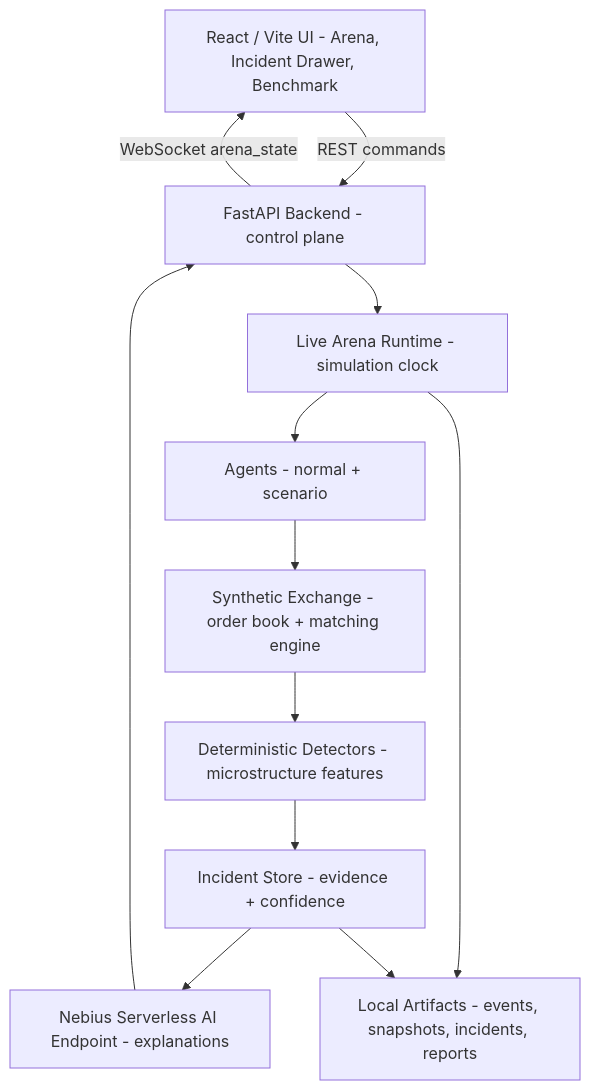
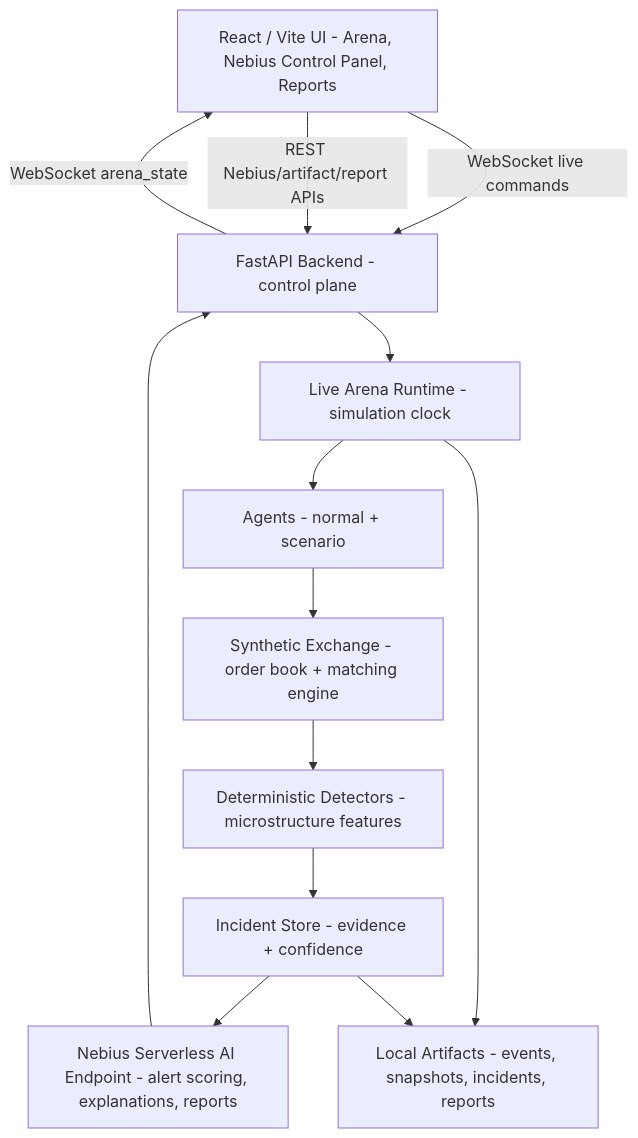
The second of 8 diagrams in docs/architecture/ARD-0001-overall-architecture.md (khab40/aimada), drawn with Mermaid before and after one commit. The commit also changed other lines of this file and 32 other files, not shown here.

Commit message:
fix: align Nebius demo workflows and reports

````diff
--- a/docs/architecture/ARD-0001-overall-architecture.md
+++ b/docs/architecture/ARD-0001-overall-architecture.md
@@ -39,24 +39,25 @@
 ```mermaid
 graph TD
-    UI["React / Vite UI - Arena, Incident Drawer, Benchmark"]
+    UI["React / Vite UI - Arena, Nebius Control Panel, Reports"]
     Backend["FastAPI Backend - control plane"]
     Runtime["Live Arena Runtime - simulation clock"]
     Exchange["Synthetic Exchange - order book + matching engine"]
     Agents["Agents - normal + scenario"]
     Detectors["Deterministic Detectors - microstructure features"]
     Incidents["Incident Store - evidence + confidence"]
-    Endpoint["Nebius Serverless AI Endpoint - explanations"]
+    Endpoint["Nebius Serverless AI Endpoint - alert scoring, explanations, reports"]
     Store["Local Artifacts - events, snapshots, incidents, reports"]
 
-    UI -->|REST commands| Backend
+    UI -->|WebSocket live commands| Backend
     Backend -->|WebSocket arena_state| UI
+    UI -->|REST Nebius/artifact/report APIs| Backend
     Backend --> Runtime
     Runtime --> Agents
     Agents --> Exchange
     Exchange --> Detectors
     Detectors --> Incidents
     Incidents --> Endpoint
     Endpoint --> Backend
     Runtime --> Store
     Incidents --> Store
 ```
````
